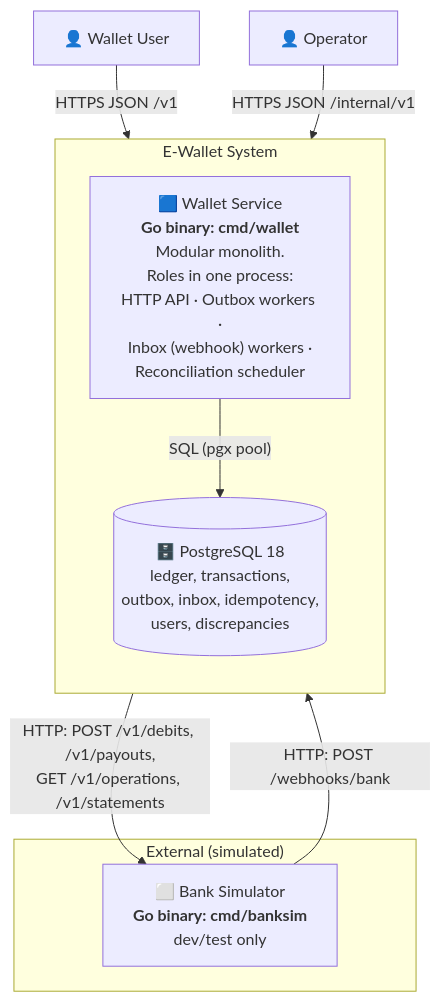
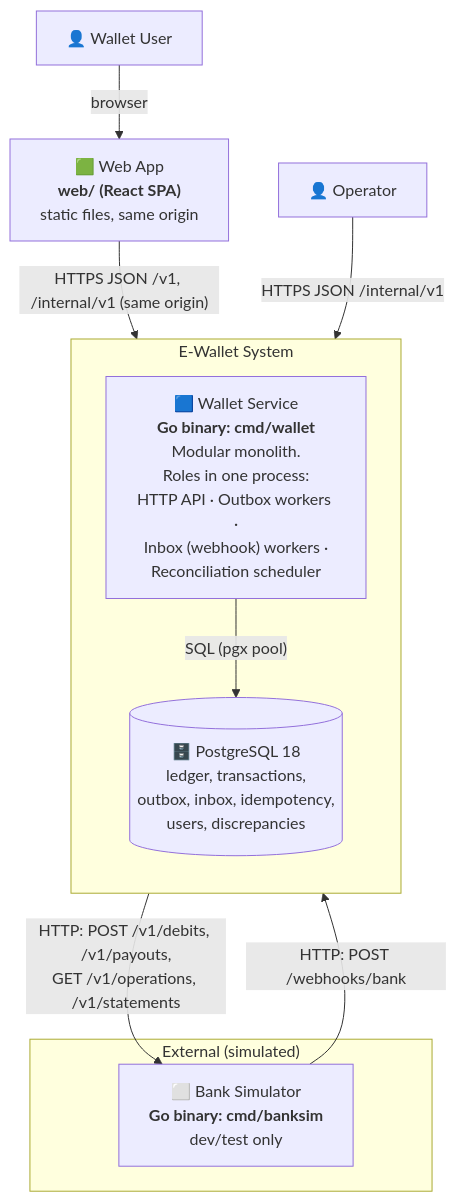
One commit to yaya1426/e-wallet changed the second of 9 diagrams in docs/engineering/architecture.md. Above: the diagram before and after it, drawn with Mermaid. The commit also changed other lines of this file and 74 other files, not shown here.

First line of the commit message:
feat(web): web app foundation and auth screens (T030)

````diff
--- a/docs/engineering/architecture.md
+++ b/docs/engineering/architecture.md
@@ -44,21 +44,23 @@
 ```mermaid
 flowchart TB
     user["👤 Wallet User"]
+    web["🟩 Web App<br/><b>web/ (React SPA)</b><br/>static files, same origin"]
     operator["👤 Operator"]
 
     subgraph ewallet["E-Wallet System"]
         direction TB
         svc["🟦 Wallet Service<br/><b>Go binary: cmd/wallet</b><br/>Modular monolith.<br/>Roles in one process:<br/>HTTP API · Outbox workers ·<br/>Inbox (webhook) workers ·<br/>Reconciliation scheduler"]
         db[("🗄️ PostgreSQL 18<br/>ledger, transactions,<br/>outbox, inbox, idempotency,<br/>users, discrepancies")]
     end
 
     subgraph ext["External (simulated)"]
         banksim["⬜ Bank Simulator<br/><b>Go binary: cmd/banksim</b><br/>dev/test only"]
     end
 
-    user -- "HTTPS JSON /v1" --> svc
+    user -- "browser" --> web
+    web -- "HTTPS JSON /v1, /internal/v1 (same origin)" --> svc
     operator -- "HTTPS JSON /internal/v1" --> svc
     svc -- "SQL (pgx pool)" --> db
     svc -- "HTTP: POST /v1/debits, /v1/payouts,<br/>GET /v1/operations, /v1/statements" --> banksim
     banksim -- "HTTP: POST /webhooks/bank" --> svc
 ```
````
